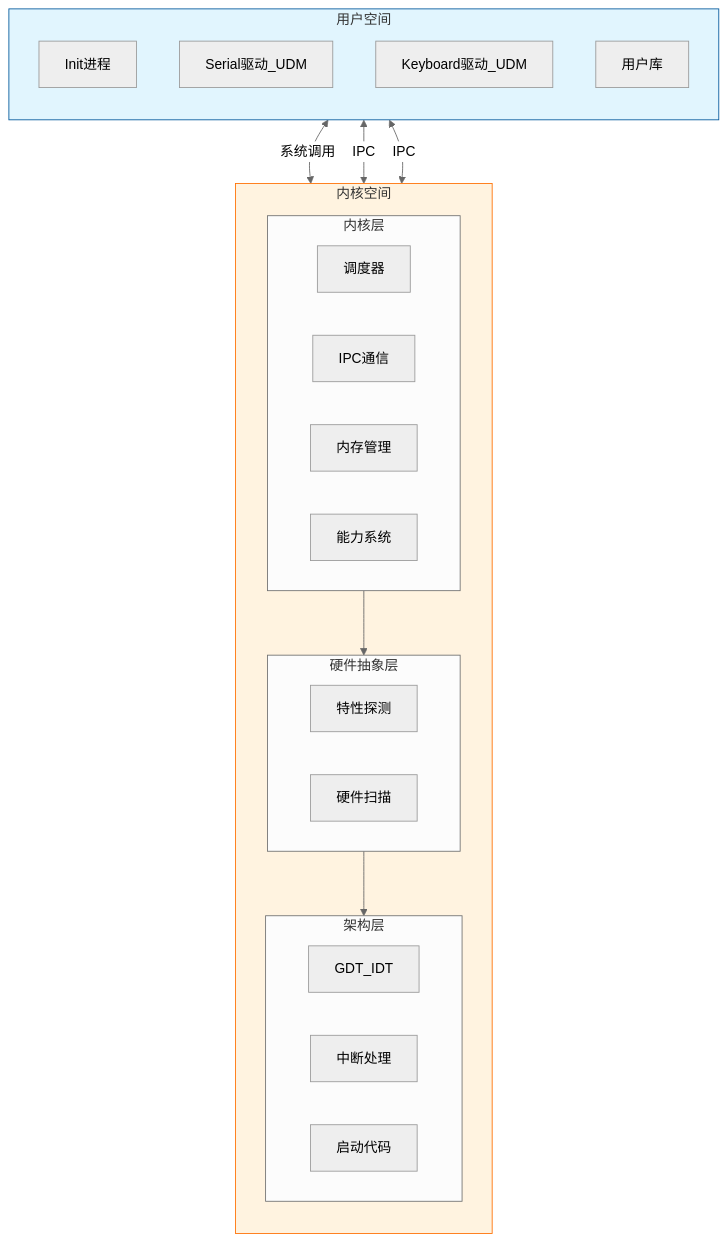
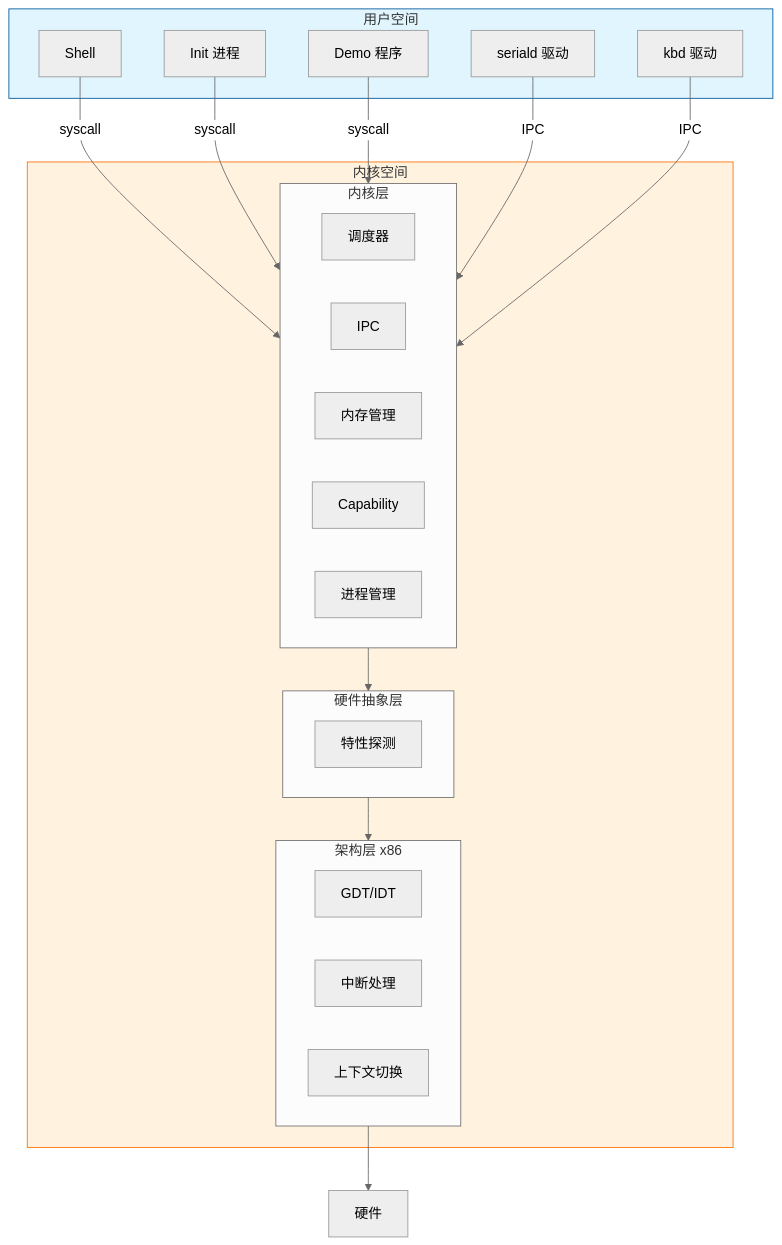
The first of 3 diagrams in README.md (SH-XiaoXiu/xnix), drawn with Mermaid (neutral theme) before and after one commit. The commit also changed other lines of this file and 4 other files, not shown here.

````diff
--- a/README.md
+++ b/README.md
@@ -57,42 +153,39 @@
 ```mermaid
 graph TD
-    subgraph UserSpace [用户空间]
-        direction TB
-        Init[Init进程]
-        SerialD[Serial驱动_UDM]
-        KbdD[Keyboard驱动_UDM]
-        UserLib[用户库]
+    subgraph UserSpace["用户空间"]
+        Shell[Shell]
+        Init[Init 进程]
+        SerialD[seriald 驱动]
+        KbdD[kbd 驱动]
+        Demo[Demo 程序]
     end
 
-    subgraph KernelSpace [内核空间]
-        direction TB
-        
-        subgraph Kernel [内核层]
+    subgraph KernelSpace["内核空间"]
+        subgraph Kernel["内核层"]
             Sched[调度器]
-            IPC[IPC通信]
+            IPC[IPC]
             MM[内存管理]
-            Cap[能力系统]
+            Cap[Capability]
+            Proc[进程管理]
         end
 
-        subgraph HAL [硬件抽象层]
+        subgraph HAL["硬件抽象层"]
             Feature[特性探测]
-            Probe[硬件扫描]
         end
 
-        subgraph Arch [架构层]
-            GDT_IDT[GDT_IDT]
-            Int[中断处理]
-            Boot[启动代码]
+        subgraph Arch["架构层 x86"]
+            GDT[GDT/IDT]
+            IRQ[中断处理]
+            Ctx[上下文切换]
         end
     end
 
-    Init <-->|系统调用| Kernel
-    SerialD <-->|IPC| Kernel
-    KbdD <-->|IPC| Kernel
-    
-    Kernel --> HAL
-    HAL --> Arch
-    
+    Hardware[硬件]
+
+    Shell & Init & Demo -->|syscall| Kernel
+    SerialD & KbdD -->|IPC| Kernel
+    Kernel --> HAL --> Arch --> Hardware
+
     style UserSpace fill:#e1f5fe,stroke:#01579b
     style KernelSpace fill:#fff3e0,stroke:#ff6f00
 ```
````
